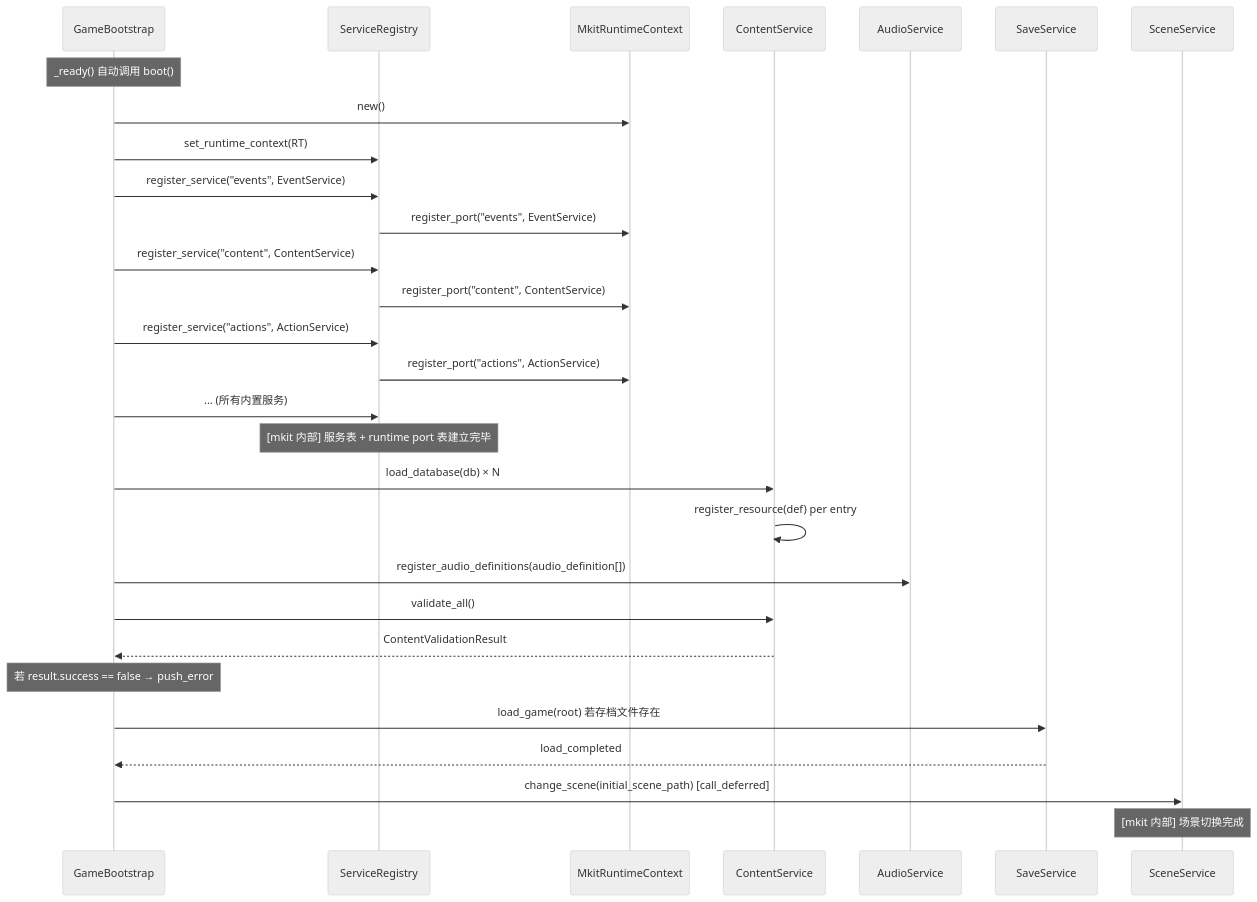
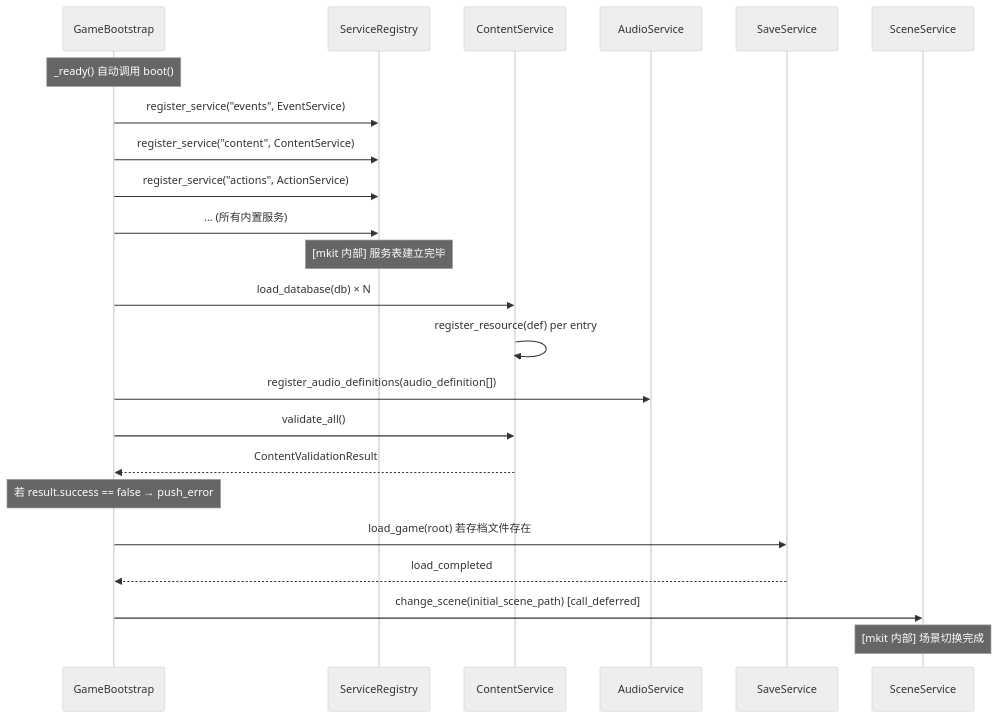
The first of 20 diagrams in docs/pipeline.md (xiaofeiqiu/mkit), drawn with Mermaid (neutral theme) before and after one commit. The commit also changed other lines of this file and 54 other files, not shown here.

````diff
--- a/docs/pipeline.md
+++ b/docs/pipeline.md
@@ -18,32 +18,26 @@
 ```mermaid
 sequenceDiagram
     participant GB as GameBootstrap
     participant SR as ServiceRegistry
-    participant RT as MkitRuntimeContext
     participant CS as ContentService
     participant AS as AudioService
     participant SS as SaveService
     participant SC as SceneService
 
     Note over GB: _ready() 自动调用 boot()
-    GB->>RT: new()
-    GB->>SR: set_runtime_context(RT)
     GB->>SR: register_service("events", EventService)
-    SR->>RT: register_port("events", EventService)
     GB->>SR: register_service("content", ContentService)
-    SR->>RT: register_port("content", ContentService)
     GB->>SR: register_service("actions", ActionService)
-    SR->>RT: register_port("actions", ActionService)
     GB->>SR: ... (所有内置服务)
-    Note over SR: [mkit 内部] 服务表 + runtime port 表建立完毕
+    Note over SR: [mkit 内部] 服务表建立完毕
     GB->>CS: load_database(db) × N
     CS->>CS: register_resource(def) per entry
     GB->>AS: register_audio_definitions(audio_definition[])
     GB->>CS: validate_all()
     CS-->>GB: ContentValidationResult
     Note over GB: 若 result.success == false → push_error
     GB->>SS: load_game(root) 若存档文件存在
     SS-->>GB: load_completed
     GB->>SC: change_scene(initial_scene_path)  [call_deferred]
     Note over SC: [mkit 内部] 场景切换完成
 ```
````
